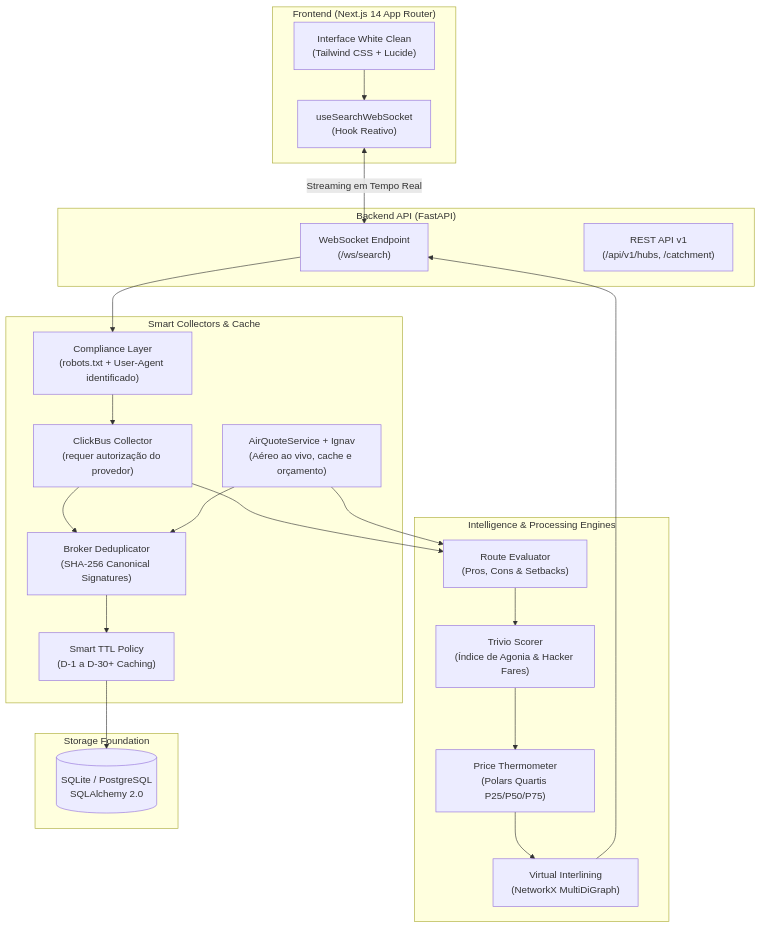
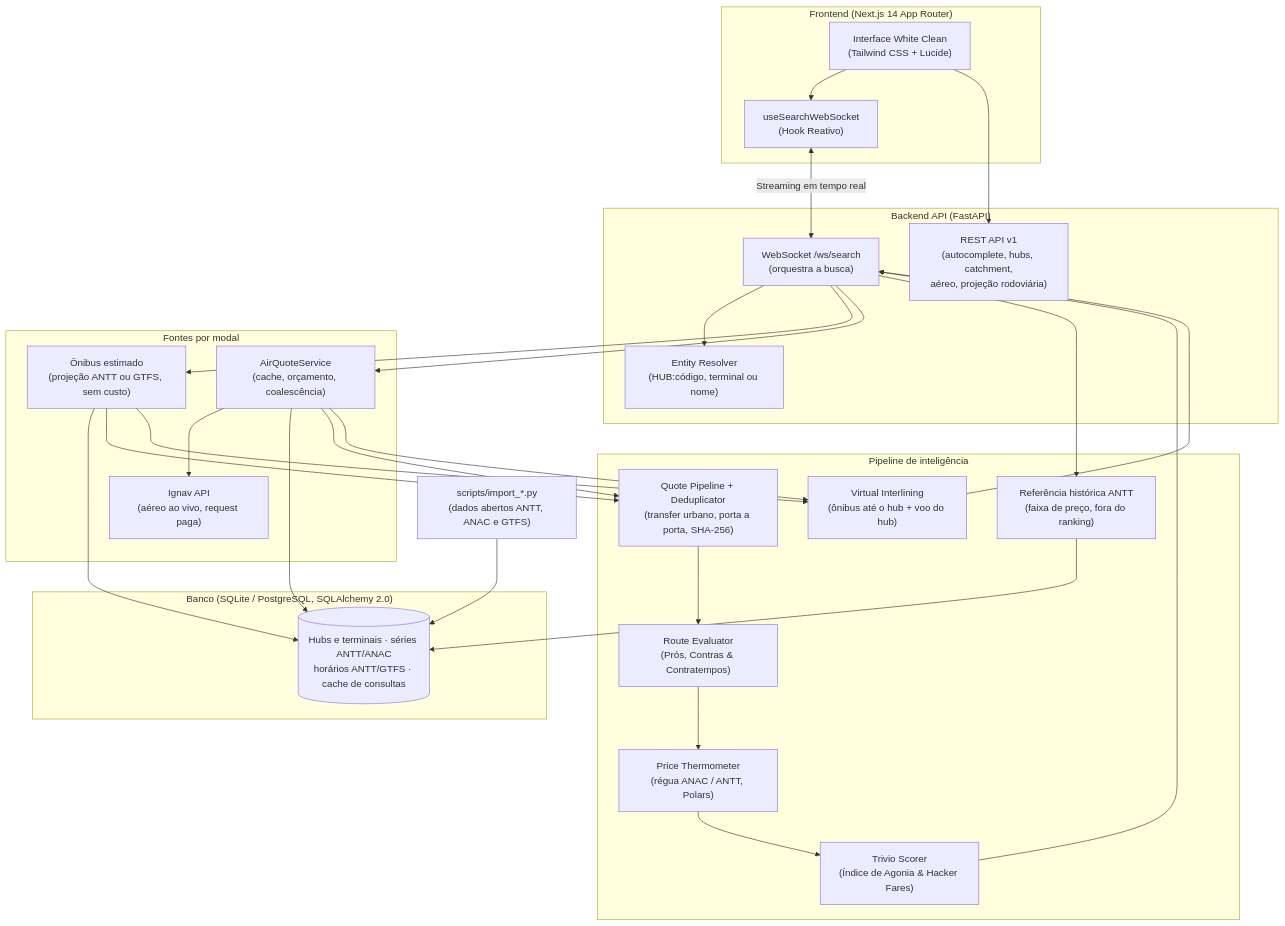
Before and after one commit to gabrieltxr/trivio: the diagram in README.md, drawn with Mermaid. The commit also changed other lines of this file and 60 other files, not shown here.

````diff
--- a/README.md
+++ b/README.md
@@ -26,44 +26,65 @@
 ```mermaid
 flowchart TD
     subgraph Frontend["Frontend (Next.js 14 App Router)"]
-        UI["Interface White Clean\n(Tailwind CSS + Lucide)"]
-        WSClient["useSearchWebSocket\n(Hook Reativo)"]
+        UI["Interface White Clean
+(Tailwind CSS + Lucide)"]
+        WSClient["useSearchWebSocket
+(Hook Reativo)"]
     end
 
     subgraph API["Backend API (FastAPI)"]
-        WS["WebSocket Endpoint\n(/ws/search)"]
-        REST["REST API v1\n(/api/v1/hubs, /catchment)"]
+        WS["WebSocket /ws/search
+(orquestra a busca)"]
+        REST["REST API v1
+(autocomplete, hubs, catchment,
+aéreo, projeção rodoviária)"]
+        Resolver["Entity Resolver
+(HUB:código, terminal ou nome)"]
     end
 
-    subgraph Engines["Intelligence & Processing Engines"]
-        Evaluator["Route Evaluator\n(Pros, Cons & Setbacks)"]
-        Scorer["Trivio Scorer\n(Índice de Agonia & Hacker Fares)"]
-        Thermometer["Price Thermometer\n(Polars Quartis P25/P50/P75)"]
-        Interliner["Virtual Interlining\n(NetworkX MultiDiGraph)"]
+    subgraph Sources["Fontes por modal"]
+        Road["Ônibus estimado
+(projeção ANTT ou GTFS, sem custo)"]
+        Air["AirQuoteService
+(cache, orçamento, coalescência)"]
+        Ignav["Ignav API
+(aéreo ao vivo, request paga)"]
     end
 
-    subgraph Collectors["Smart Collectors & Cache"]
-        Compliance["Compliance Layer\n(robots.txt + User-Agent identificado)"]
-        ClickBus["ClickBus Collector\n(requer autorização do provedor)"]
-        Ignav["AirQuoteService + Ignav\n(Aéreo ao vivo, cache e orçamento)"]
-        Deduplicator["Broker Deduplicator\n(SHA-256 Canonical Signatures)"]
-        TTLPolicy["Smart TTL Policy\n(D-1 a D-30+ Caching)"]
+    subgraph Engines["Pipeline de inteligência"]
+        Pipeline["Quote Pipeline + Deduplicator
+(transfer urbano, porta a porta, SHA-256)"]
+        Evaluator["Route Evaluator
+(Prós, Contras & Contratempos)"]
+        Thermometer["Price Thermometer
+(régua ANAC / ANTT, Polars)"]
+        Scorer["Trivio Scorer
+(Índice de Agonia & Hacker Fares)"]
+        Interliner["Virtual Interlining
+(ônibus até o hub + voo do hub)"]
+        Reference["Referência histórica ANTT
+(faixa de preço, fora do ranking)"]
     end
 
-    subgraph Storage["Storage Foundation"]
-        DB[(SQLite / PostgreSQL\nSQLAlchemy 2.0)]
+    subgraph Storage["Banco (SQLite / PostgreSQL, SQLAlchemy 2.0)"]
+        DB[("Hubs e terminais · séries ANTT/ANAC
+horários ANTT/GTFS · cache de consultas")]
     end
 
+    Importers["scripts/import_*.py
+(dados abertos ANTT, ANAC e GTFS)"] --> DB
     UI --> WSClient
-    WSClient <-->|Streaming em Tempo Real| WS
-    WS --> Compliance
-    Compliance --> ClickBus
-    ClickBus & Ignav --> Deduplicator
-    Deduplicator --> TTLPolicy
-    TTLPolicy --> DB
-    ClickBus & Ignav --> Evaluator
-    Evaluator --> Scorer
-    Scorer --> Thermometer
-    Thermometer --> Interliner
-    Interliner --> WS
+    UI --> REST
+    WSClient <-->|Streaming em tempo real| WS
+    WS --> Resolver
+    WS --> Road
+    WS --> Air
+    Air --> Ignav
+    Road --> DB
+    Air --> DB
+    Road & Air --> Pipeline
+    Pipeline --> Evaluator --> Thermometer --> Scorer
+    Scorer --> WS
+    Road & Air --> Interliner --> WS
+    WS --> Reference --> DB
 ```
````
